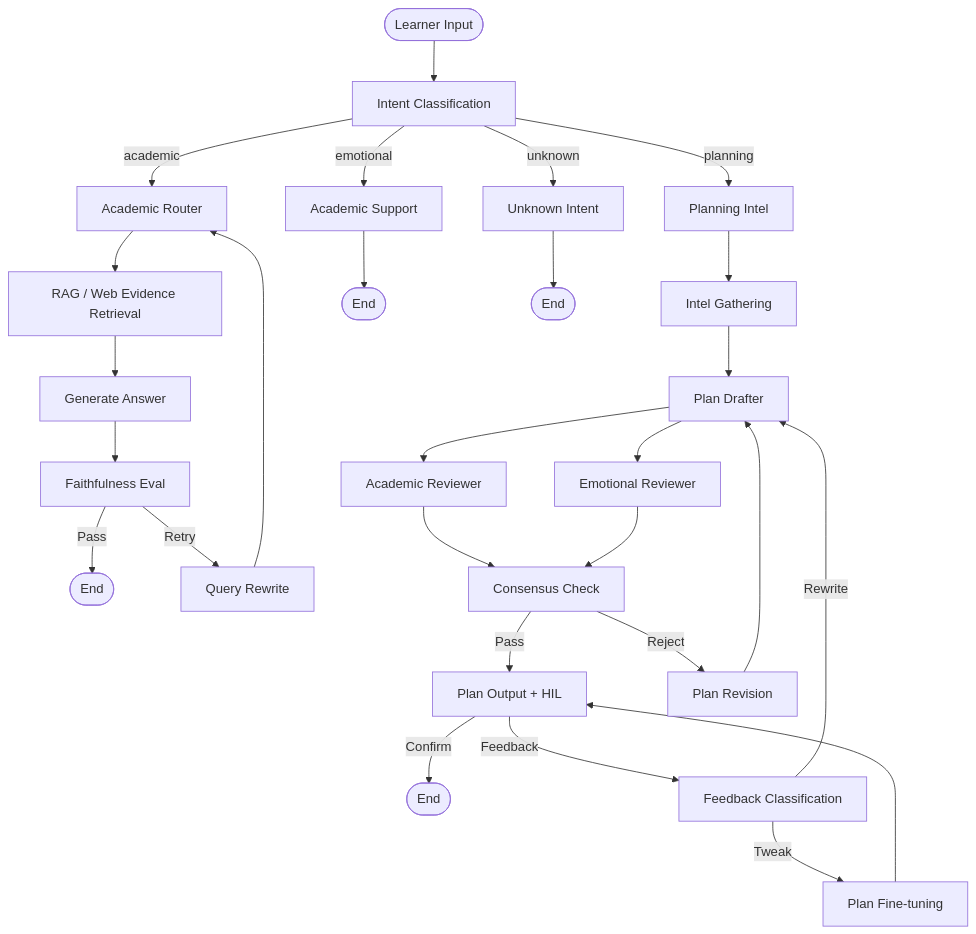
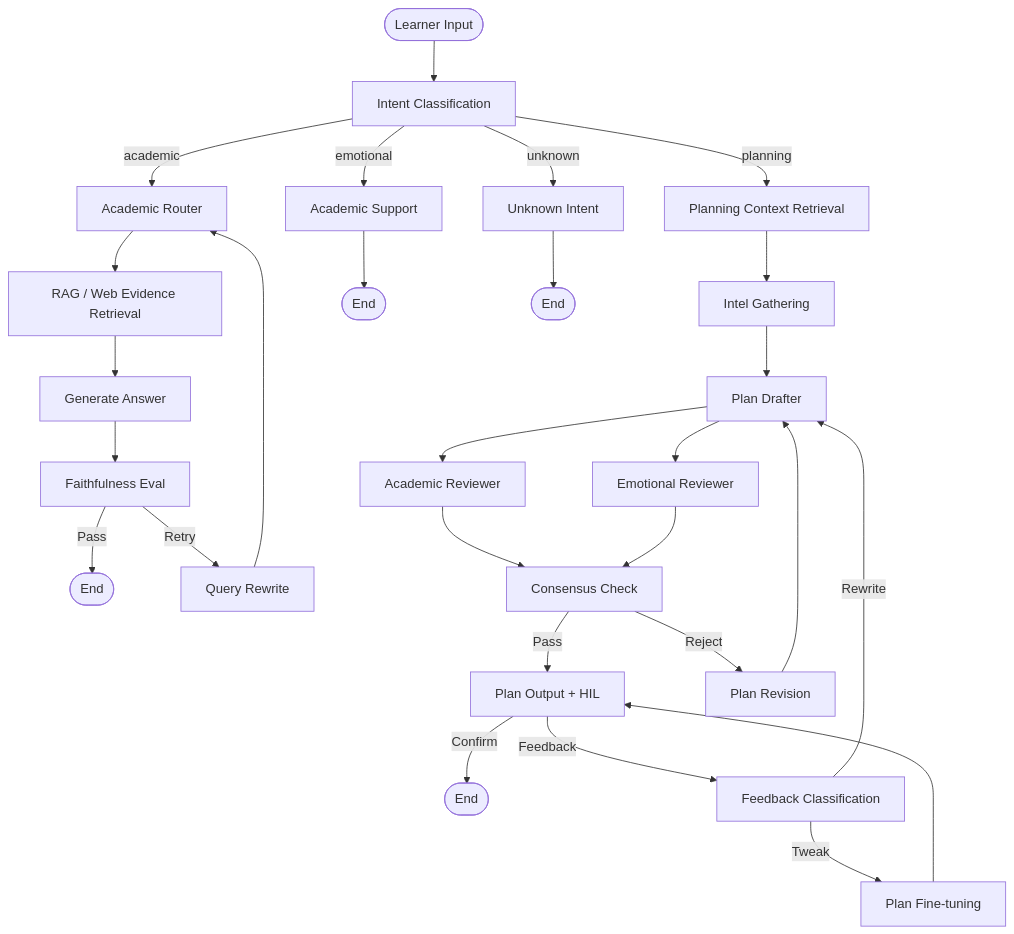
Before and after one commit to kyle-1227/A3_study_agent: the diagram in README_en.md, drawn with Mermaid. The commit also changed 15 other files, not shown here.

First line of the commit message:
feat：将 planning policy 节点重命名为 planning context

````diff
--- a/README_en.md
+++ b/README_en.md
@@ -41,35 +41,35 @@
 ```mermaid
 graph TD
   START([Learner Input]) --> supervisor[Intent Classification]
 
   supervisor -->|academic| academic_router[Academic Router]
-  supervisor -->|planning| search_policy[Planning Intel]
+  supervisor -->|planning| gather_planning_context[Planning Context Retrieval]
   supervisor -->|emotional| emotional_response[Academic Support]
   supervisor -->|unknown| handle_unknown[Unknown Intent]
 
   academic_router --> rag_retrieve[RAG / Web Evidence Retrieval]
   rag_retrieve --> generate_answer[Generate Answer]
   generate_answer --> evaluate_hallucination[Faithfulness Eval]
   evaluate_hallucination -->|Pass| END_A([End])
   evaluate_hallucination -->|Retry| rewrite_query[Query Rewrite]
   rewrite_query --> academic_router
 
-  search_policy --> gather_intel[Intel Gathering]
+  gather_planning_context --> gather_intel[Intel Gathering]
   gather_intel --> drafter[Plan Drafter]
   drafter --> reviewer_academic[Academic Reviewer]
   drafter --> reviewer_emotional[Emotional Reviewer]
   reviewer_academic --> consensus_check[Consensus Check]
   reviewer_emotional --> consensus_check
   consensus_check -->|Pass| plan_output[Plan Output + HIL]
   consensus_check -->|Reject| adv_rewrite[Plan Revision]
   adv_rewrite --> drafter
 
   plan_output -->|Confirm| END_P([End])
   plan_output -->|Feedback| feedback_router[Feedback Classification]
   feedback_router -->|Tweak| plan_tweak[Plan Fine-tuning]
   feedback_router -->|Rewrite| drafter
   plan_tweak --> plan_output
 
   emotional_response --> END_E([End])
   handle_unknown --> END_U([End])
 ```
````
